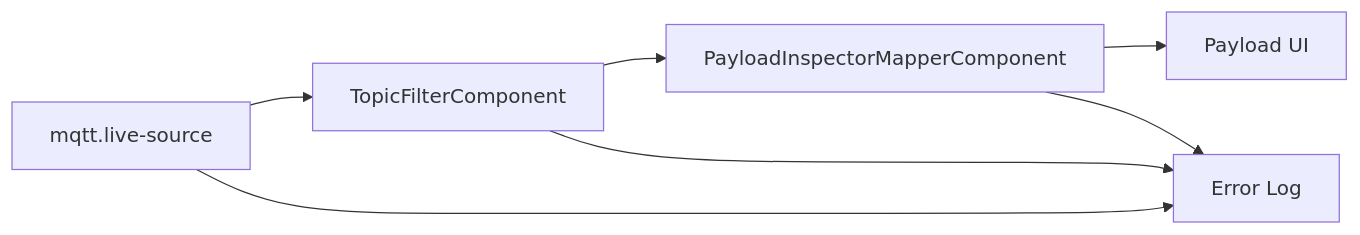
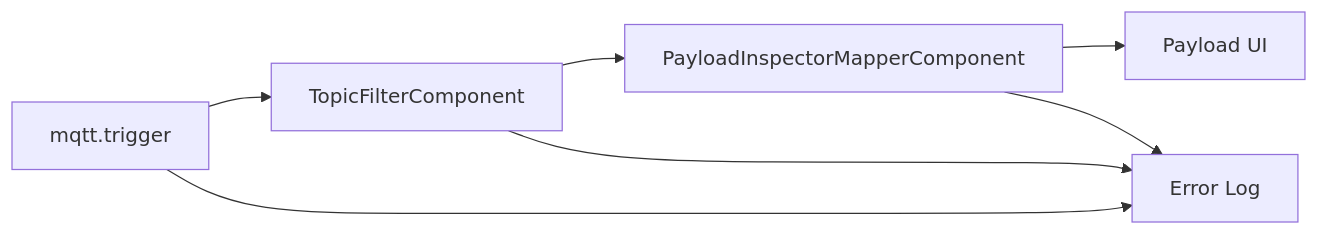
One commit to araxis/FluxMq changed diagram 16 of 19 in docs/flow-components.md. Above: the diagram before and after it, drawn with Mermaid. The commit also changed other lines of this file and 24 other files, not shown here.

Commit message:
Consolidate MQTT source editors

````diff
--- a/docs/flow-components.md
+++ b/docs/flow-components.md
@@ -631,9 +606,9 @@
 ```mermaid
 flowchart LR
-    Source["mqtt.live-source"] --> Filter["TopicFilterComponent"]
+    Source["mqtt.trigger"] --> Filter["TopicFilterComponent"]
     Filter --> Mapper["PayloadInspectorMapperComponent"]
     Mapper --> Ui["Payload UI"]
     Source --> ErrorLog["Error Log"]
     Filter --> ErrorLog
     Mapper --> ErrorLog
 ```
````
